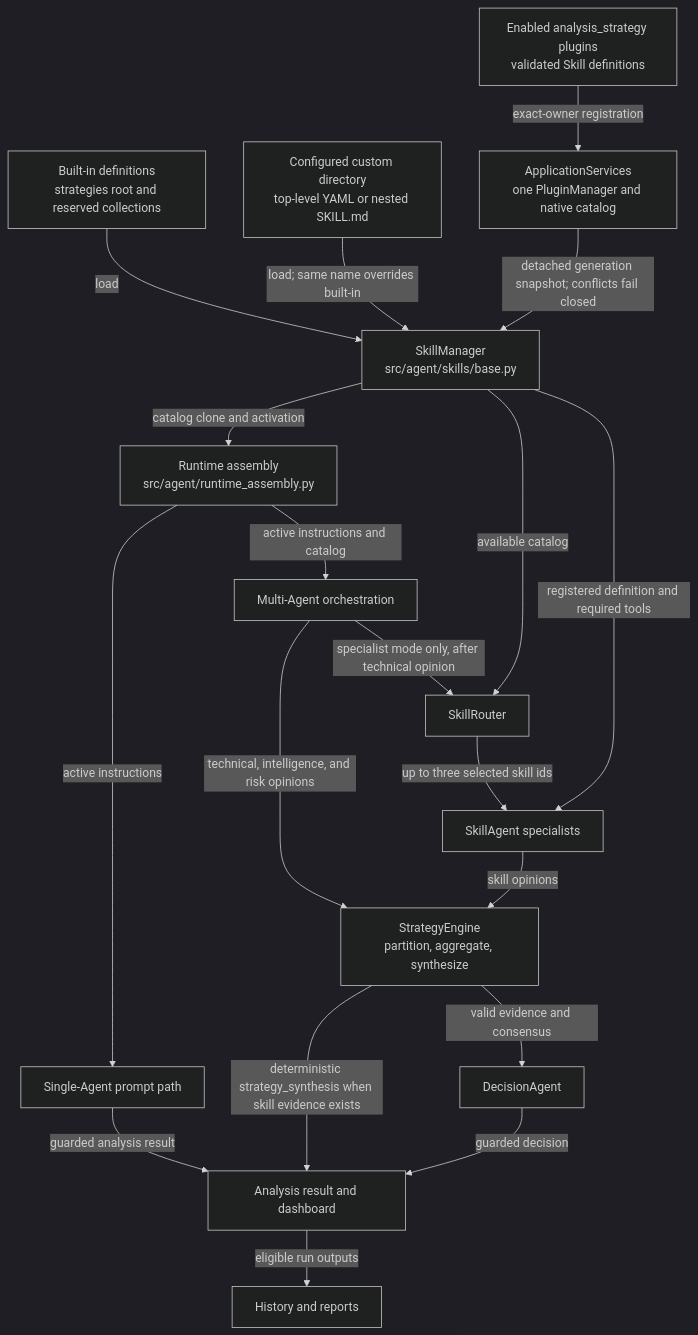
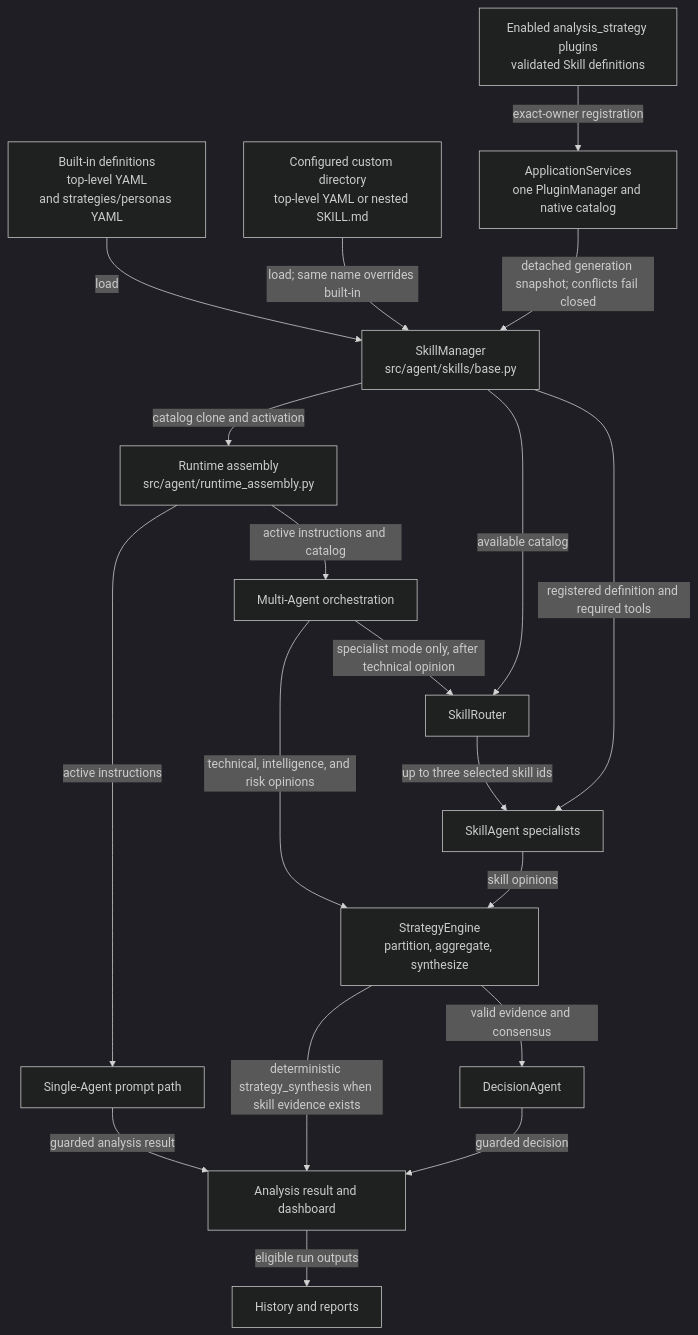
The third of 3 diagrams in docs/architecture-overview.md (SiinXu/stock-pulse-ai), drawn with Mermaid (dark theme) before and after one commit. The commit also changed other lines of this file and 10 other files, not shown here.

````diff
--- a/docs/architecture-overview.md
+++ b/docs/architecture-overview.md
@@ -247,23 +247,23 @@
 ```mermaid
 flowchart TB
-  BUILTIN[Built-in definitions<br/>strategies root and reserved collections] -->|load| MANAGER[SkillManager<br/>src/agent/skills/base.py]
+  BUILTIN[Built-in definitions<br/>top-level YAML<br/>and strategies/personas YAML] -->|load| MANAGER[SkillManager<br/>src/agent/skills/base.py]
   CUSTOM[Configured custom directory<br/>top-level YAML or nested SKILL.md] -->|load; same name overrides built-in| MANAGER
   PLUGIN[Enabled analysis_strategy plugins<br/>validated Skill definitions] -->|exact-owner registration| ROOT[ApplicationServices<br/>one PluginManager and native catalog]
   ROOT -->|detached generation snapshot; conflicts fail closed| MANAGER
   MANAGER -->|catalog clone and activation| ASSEMBLY[Runtime assembly<br/>src/agent/runtime_assembly.py]
 
   ASSEMBLY -->|active instructions| SINGLE[Single-Agent prompt path]
   SINGLE -->|guarded analysis result| RESULT[Analysis result and dashboard]
 
   ASSEMBLY -->|active instructions and catalog| MULTI[Multi-Agent orchestration]
   MULTI -->|technical, intelligence, and risk opinions| ENGINE[StrategyEngine<br/>partition, aggregate, synthesize]
   MULTI -->|specialist mode only, after technical opinion| ROUTER[SkillRouter]
   MANAGER -->|available catalog| ROUTER
   ROUTER -->|up to three selected skill ids| AGENTS[SkillAgent specialists]
   MANAGER -->|registered definition and required tools| AGENTS
   AGENTS -->|skill opinions| ENGINE
   ENGINE -->|valid evidence and consensus| DECISION[DecisionAgent]
   ENGINE -->|deterministic strategy_synthesis when skill evidence exists| RESULT
   DECISION -->|guarded decision| RESULT
   RESULT -->|eligible run outputs| CONSUMERS[History and reports]
 ```
````
